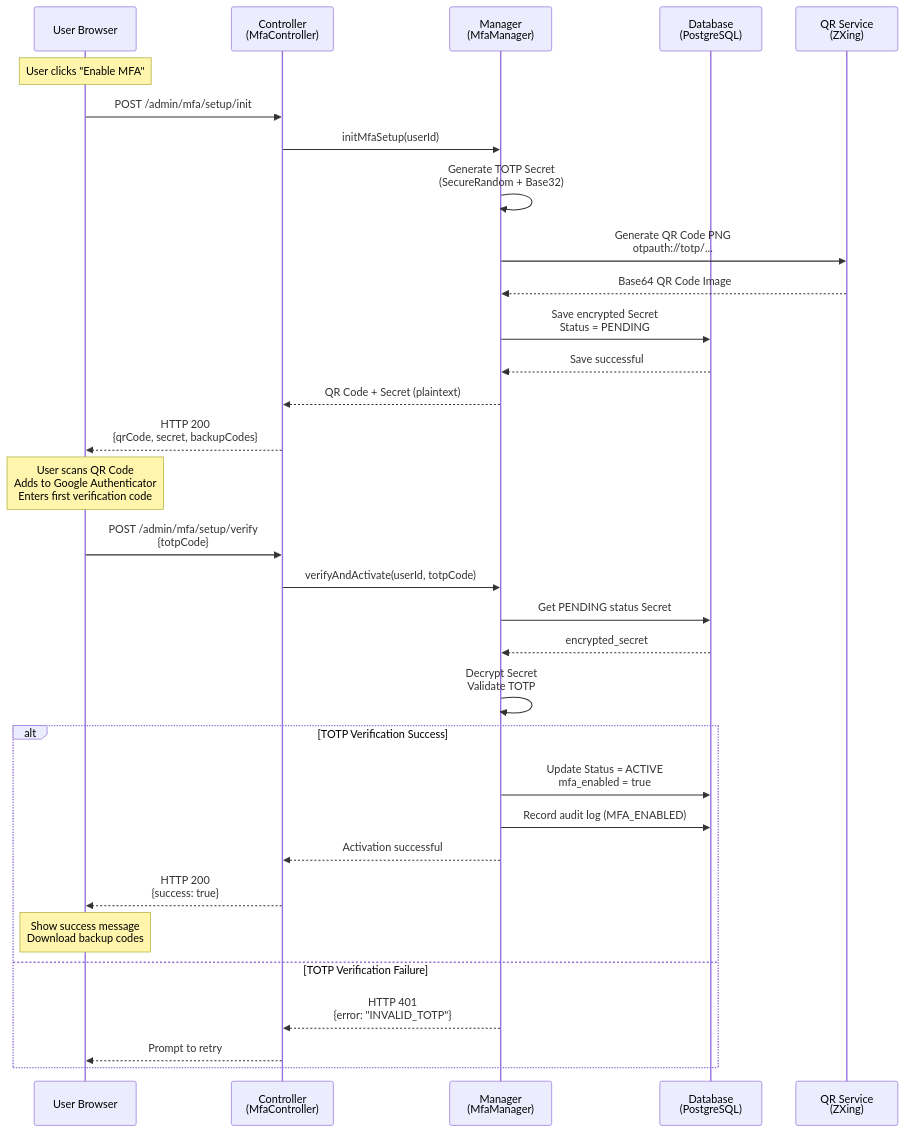
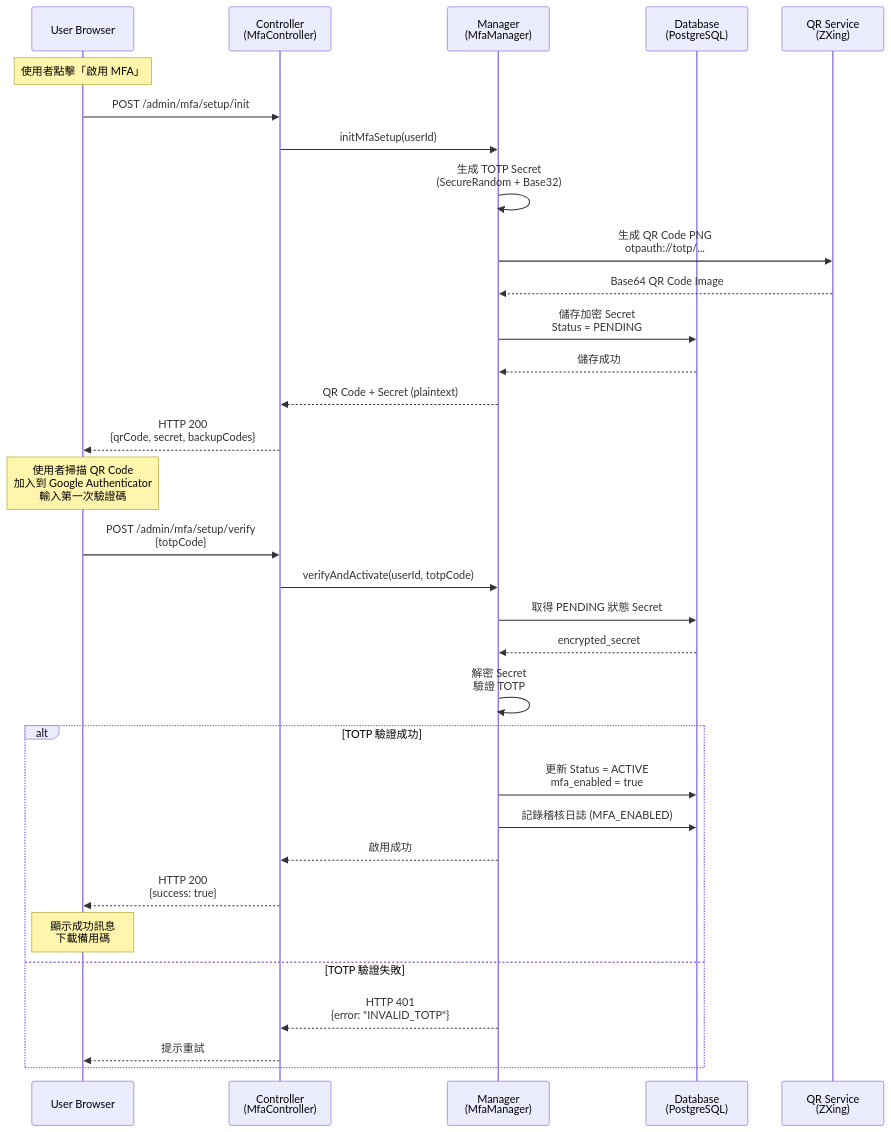
One commit to ron03wlb/smart-admin changed the third of 5 diagrams in docs/iGaming/architecture/06_Platform_Core/MFA_Technical.md. Above: the diagram before and after it, drawn with Mermaid. The commit also changed other lines of this file and 4 other files, not shown here.

````diff
--- a/docs/iGaming/architecture/06_Platform_Core/MFA_Technical.md
+++ b/docs/iGaming/architecture/06_Platform_Core/MFA_Technical.md
@@ -600,39 +600,39 @@
 ```mermaid
 sequenceDiagram
     participant U as User Browser
     participant C as Controller<br/>(MfaController)
     participant M as Manager<br/>(MfaManager)
     participant D as Database<br/>(PostgreSQL)
     participant Q as QR Service<br/>(ZXing)
 
-    Note over U: User clicks "Enable MFA"
+    Note over U: 使用者點擊「啟用 MFA」
     U->>C: POST /admin/mfa/setup/init
     C->>M: initMfaSetup(userId)
-    M->>M: Generate TOTP Secret<br/>(SecureRandom + Base32)
-    M->>Q: Generate QR Code PNG<br/>otpauth://totp/...
+    M->>M: 生成 TOTP Secret<br/>(SecureRandom + Base32)
+    M->>Q: 生成 QR Code PNG<br/>otpauth://totp/...
     Q-->>M: Base64 QR Code Image
-    M->>D: Save encrypted Secret<br/>Status = PENDING
-    D-->>M: Save successful
+    M->>D: 儲存加密 Secret<br/>Status = PENDING
+    D-->>M: 儲存成功
     M-->>C: QR Code + Secret (plaintext)
     C-->>U: HTTP 200<br/>{qrCode, secret, backupCodes}
 
-    Note over U: User scans QR Code<br/>Adds to Google Authenticator<br/>Enters first verification code
+    Note over U: 使用者掃描 QR Code<br/>加入到 Google Authenticator<br/>輸入第一次驗證碼
 
     U->>C: POST /admin/mfa/setup/verify<br/>{totpCode}
     C->>M: verifyAndActivate(userId, totpCode)
-    M->>D: Get PENDING status Secret
+    M->>D: 取得 PENDING 狀態 Secret
     D-->>M: encrypted_secret
-    M->>M: Decrypt Secret<br/>Validate TOTP
+    M->>M: 解密 Secret<br/>驗證 TOTP
 
-    alt TOTP Verification Success
-        M->>D: Update Status = ACTIVE<br/>mfa_enabled = true
-        M->>D: Record audit log (MFA_ENABLED)
-        M-->>C: Activation successful
+    alt TOTP 驗證成功
+        M->>D: 更新 Status = ACTIVE<br/>mfa_enabled = true
+        M->>D: 記錄稽核日誌 (MFA_ENABLED)
+        M-->>C: 啟用成功
         C-->>U: HTTP 200<br/>{success: true}
 
-        Note over U: Show success message<br/>Download backup codes
-    else TOTP Verification Failure
+        Note over U: 顯示成功訊息<br/>下載備用碼
+    else TOTP 驗證失敗
         M-->>C: HTTP 401<br/>{error: "INVALID_TOTP"}
-        C-->>U: Prompt to retry
+        C-->>U: 提示重試
     end
 ```
````
